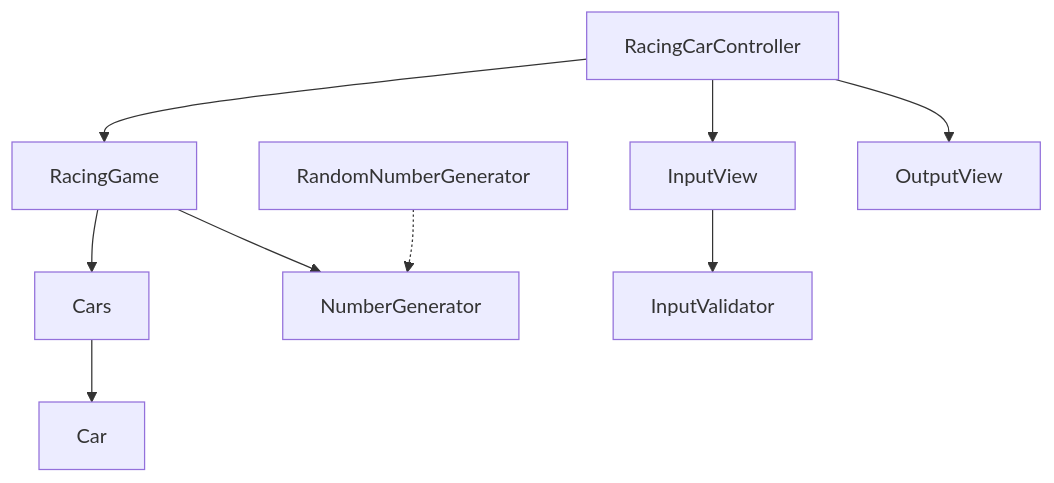
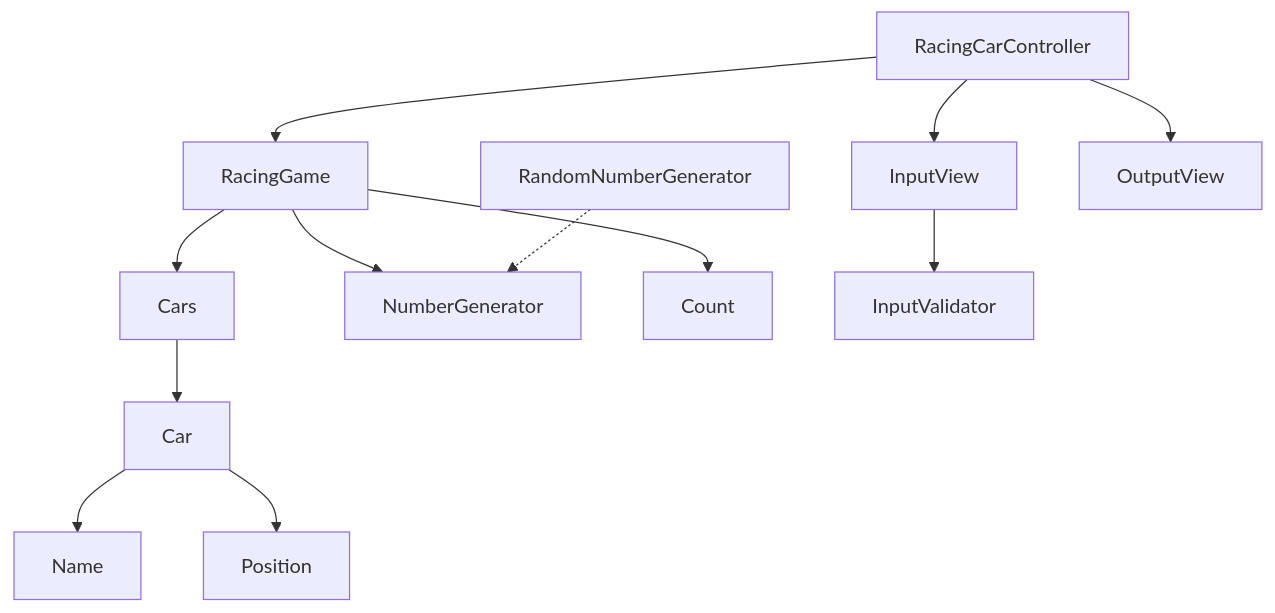
The diagram in README.md (woowacourse/java-racingcar), drawn with Mermaid before and after one commit. The commit also changed other lines of this file and 4 other files, not shown here.

````diff
--- a/README.md
+++ b/README.md
@@ -11,11 +11,14 @@
 ```mermaid
 graph TD
-    Cars --> Car
-    RacingGame --> NumberGenerator
-    RacingGame --> Cars
-    RacingCarController --> RacingGame
-    RandomNumberGenerator -.-> NumberGenerator
-    RacingCarController --> InputView
-    InputView --> InputValidator
-    RacingCarController --> OutputView
+  Cars --> Car
+  Car --> Name
+  Car --> Position
+  RacingGame --> NumberGenerator
+  RacingGame --> Cars
+  RacingGame --> Count
+  RacingCarController --> RacingGame
+  RandomNumberGenerator -.-> NumberGenerator
+  RacingCarController --> InputView
+  InputView --> InputValidator
+  RacingCarController --> OutputView
 ```
````
